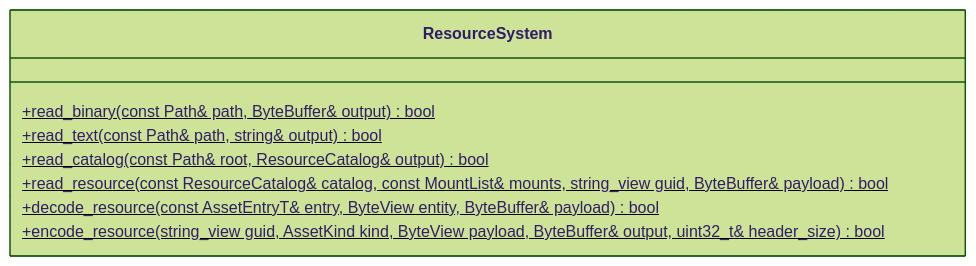
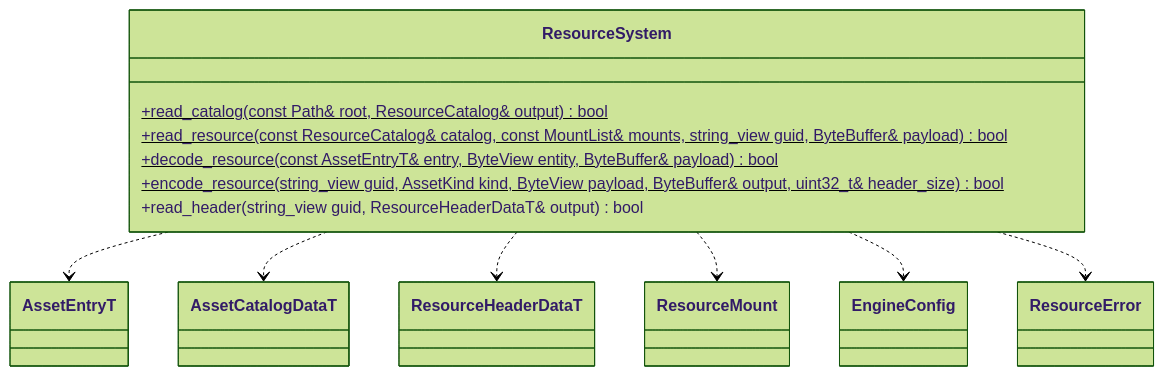
The third of 3 diagrams in docs/runtime/class-diagrams/resource-system.md (lcals/Engine), drawn with Mermaid (forest theme) before and after one commit. The commit also changed other lines of this file and 391 other files, not shown here.

````diff
--- a/docs/runtime/class-diagrams/resource-system.md
+++ b/docs/runtime/class-diagrams/resource-system.md
@@ -132,11 +106,22 @@
 ```mermaid
 classDiagram
     class ResourceSystem {
-        +read_binary(const Path& path, ByteBuffer& output) bool$
-        +read_text(const Path& path, string& output) bool$
         +read_catalog(const Path& root, ResourceCatalog& output) bool$
         +read_resource(const ResourceCatalog& catalog, const MountList& mounts, string_view guid, ByteBuffer& payload) bool$
         +decode_resource(const AssetEntryT& entry, ByteView entity, ByteBuffer& payload) bool$
         +encode_resource(string_view guid, AssetKind kind, ByteView payload, ByteBuffer& output, uint32_t& header_size) bool$
+        +read_header(string_view guid, ResourceHeaderDataT& output) bool
     }
+    class AssetEntryT
+    class AssetCatalogDataT
+    class ResourceHeaderDataT
+    class ResourceMount
+    class EngineConfig
+    class ResourceError
+    ResourceSystem ..> AssetEntryT
+    ResourceSystem ..> AssetCatalogDataT
+    ResourceSystem ..> ResourceHeaderDataT
+    ResourceSystem ..> ResourceMount
+    ResourceSystem ..> EngineConfig
+    ResourceSystem ..> ResourceError
 ```
````
